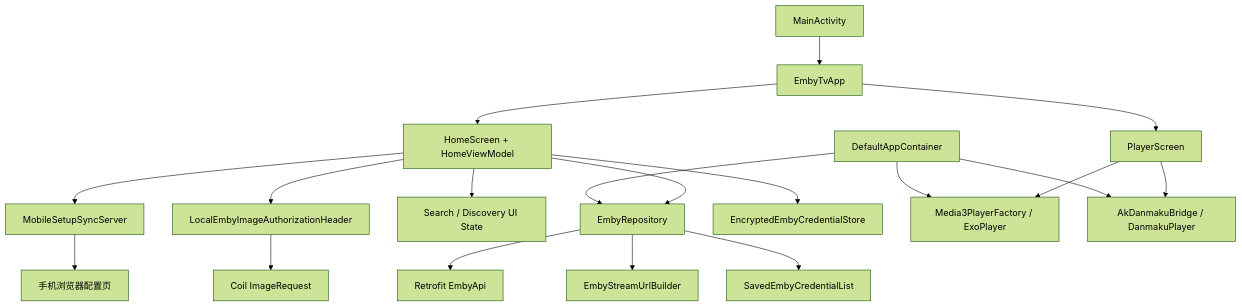
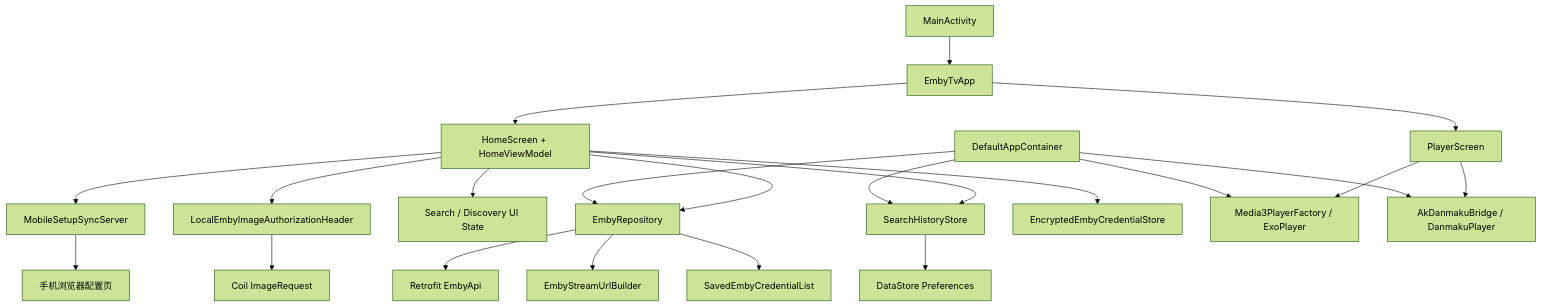
The first of 2 diagrams in helloagents/main/wiki/arch.md (zcw199604/embyTv), drawn with Mermaid (forest theme) before and after one commit. The commit also changed other lines of this file and 22 other files, not shown here.

````diff
--- a/helloagents/main/wiki/arch.md
+++ b/helloagents/main/wiki/arch.md
@@ -4,21 +4,24 @@
 ```mermaid
 flowchart TD
     Activity["MainActivity"] --> App["EmbyTvApp"]
     App --> Home["HomeScreen + HomeViewModel"]
     App --> Player["PlayerScreen"]
     Home --> Repo["EmbyRepository"]
     Home --> Sync["MobileSetupSyncServer"]
     Home --> Search["Search / Discovery UI State"]
     Home --> ImageAuth["LocalEmbyImageAuthorizationHeader"]
+    Home --> SearchHistory["SearchHistoryStore"]
     Sync --> Phone["手机浏览器配置页"]
     Home --> Store["EncryptedEmbyCredentialStore"]
     Repo --> Api["Retrofit EmbyApi"]
     Repo --> Url["EmbyStreamUrlBuilder"]
     ImageAuth --> Coil["Coil ImageRequest"]
+    SearchHistory --> DataStore["DataStore Preferences"]
     Repo --> StoreList["SavedEmbyCredentialList"]
     Player --> Media3["Media3PlayerFactory / ExoPlayer"]
     Player --> Danmaku["AkDanmakuBridge / DanmakuPlayer"]
     Core["DefaultAppContainer"] --> Repo
+    Core --> SearchHistory
     Core --> Media3
     Core --> Danmaku
 ```
````
